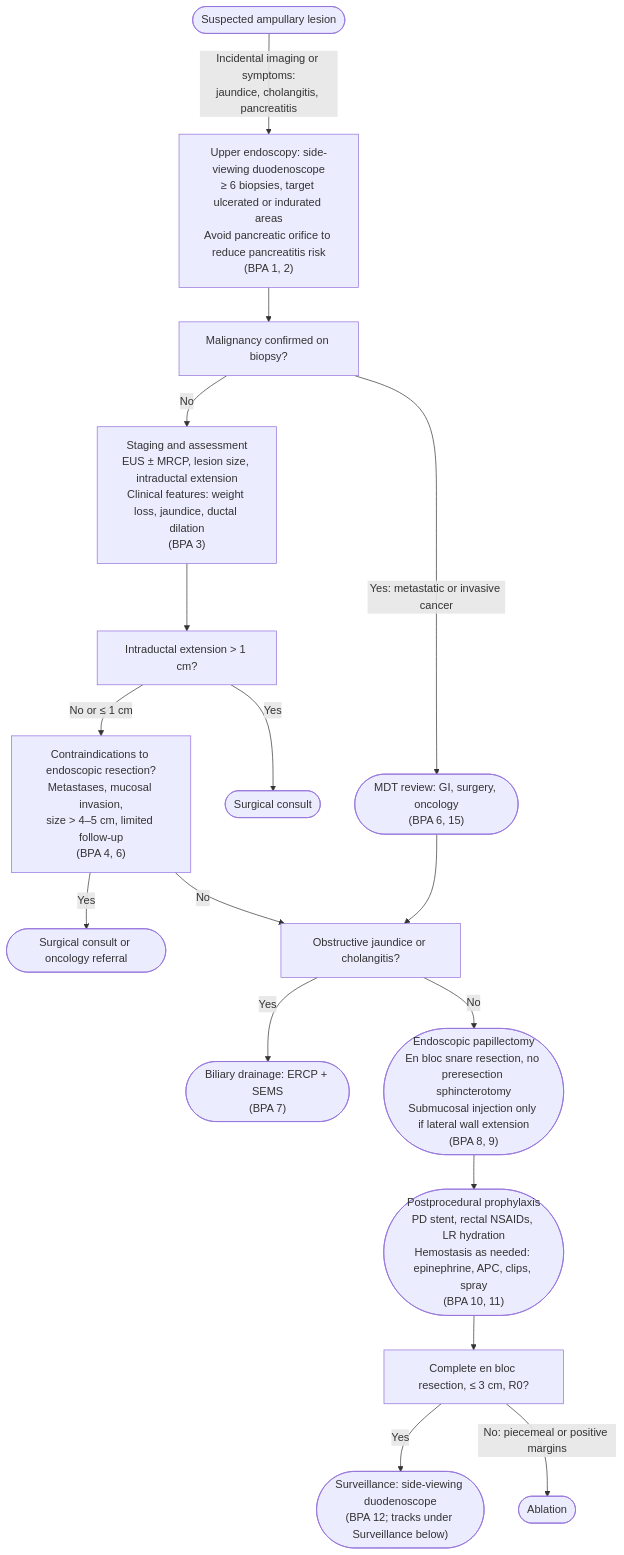
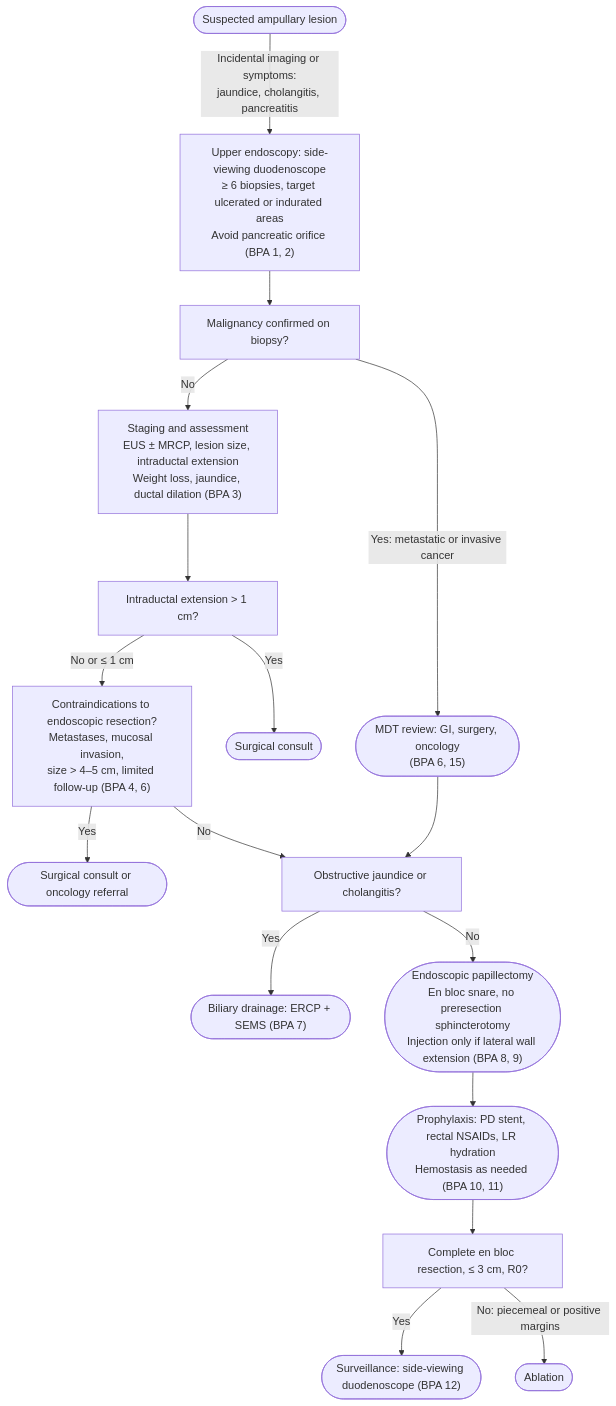
One commit to KHNickLeMD/KHNL-GI-Wiki changed the diagram in KHNL-GI-Wiki/wiki/1-disease-scripts/pancreaticobiliary-diseases/ampullary-adenoma.md. Above: the diagram before and after it, drawn with Mermaid. The commit also changed other lines of this file and 6 other files, not shown here.

````diff
--- a/KHNL-GI-Wiki/wiki/1-disease-scripts/pancreaticobiliary-diseases/ampullary-adenoma.md
+++ b/KHNL-GI-Wiki/wiki/1-disease-scripts/pancreaticobiliary-diseases/ampullary-adenoma.md
@@ -109,22 +97,22 @@
 ```mermaid
 flowchart TD
-    A(["Suspected ampullary lesion"]) -- "Incidental imaging or symptoms:<br/>jaundice, cholangitis, pancreatitis" --> B["Upper endoscopy: side-viewing duodenoscope<br/>≥ 6 biopsies, target ulcerated or indurated areas<br/>Avoid pancreatic orifice to reduce pancreatitis risk<br/>(BPA 1, 2)"]
+    A(["Suspected ampullary lesion"]) -- "Incidental imaging or symptoms:<br/>jaundice, cholangitis, pancreatitis" --> B["Upper endoscopy: side-viewing duodenoscope<br/>≥ 6 biopsies, target ulcerated or indurated areas<br/>Avoid pancreatic orifice (BPA 1, 2)"]
     B --> C["Malignancy confirmed on biopsy?"]
     C -- "Yes: metastatic or invasive cancer" --> E(["MDT review: GI, surgery, oncology<br/>(BPA 6, 15)"])
-    C -- "No" --> F["Staging and assessment<br/>EUS ± MRCP, lesion size, intraductal extension<br/>Clinical features: weight loss, jaundice, ductal dilation<br/>(BPA 3)"]
+    C -- "No" --> F["Staging and assessment<br/>EUS ± MRCP, lesion size, intraductal extension<br/>Weight loss, jaundice, ductal dilation (BPA 3)"]
     F --> G["Intraductal extension > 1 cm?"]
     G -- "Yes" --> G1(["Surgical consult"])
-    G -- "No or ≤ 1 cm" --> H["Contraindications to endoscopic resection?<br/>Metastases, mucosal invasion,<br/>size > 4–5 cm, limited follow-up<br/>(BPA 4, 6)"]
+    G -- "No or ≤ 1 cm" --> H["Contraindications to endoscopic resection?<br/>Metastases, mucosal invasion,<br/>size > 4–5 cm, limited follow-up (BPA 4, 6)"]
     H -- "Yes" --> H1(["Surgical consult or oncology referral"])
     H -- "No" --> J["Obstructive jaundice or cholangitis?"]
     E --> J
-    J -- "Yes" --> J1(["Biliary drainage: ERCP + SEMS<br/>(BPA 7)"])
-    J -- "No" --> P(["Endoscopic papillectomy<br/>En bloc snare resection, no preresection sphincterotomy<br/>Submucosal injection only if lateral wall extension<br/>(BPA 8, 9)"])
-    P --> Q(["Postprocedural prophylaxis<br/>PD stent, rectal NSAIDs, LR hydration<br/>Hemostasis as needed: epinephrine, APC, clips, spray<br/>(BPA 10, 11)"])
+    J -- "Yes" --> J1(["Biliary drainage: ERCP + SEMS (BPA 7)"])
+    J -- "No" --> P(["Endoscopic papillectomy<br/>En bloc snare, no preresection sphincterotomy<br/>Injection only if lateral wall extension (BPA 8, 9)"])
+    P --> Q(["Prophylaxis: PD stent, rectal NSAIDs, LR hydration<br/>Hemostasis as needed (BPA 10, 11)"])
     Q --> R["Complete en bloc resection, ≤ 3 cm, R0?"]
-    R -- "Yes" --> S(["Surveillance: side-viewing duodenoscope<br/>(BPA 12; tracks under Surveillance below)"])
+    R -- "Yes" --> S(["Surveillance: side-viewing duodenoscope (BPA 12)"])
     R -- "No: piecemeal or positive margins" --> T(["Ablation"])
     class A start
     class B,C,F,G,H,J,R test
     class E,G1,H1,J1,P,Q,S,T act
 ```
````
